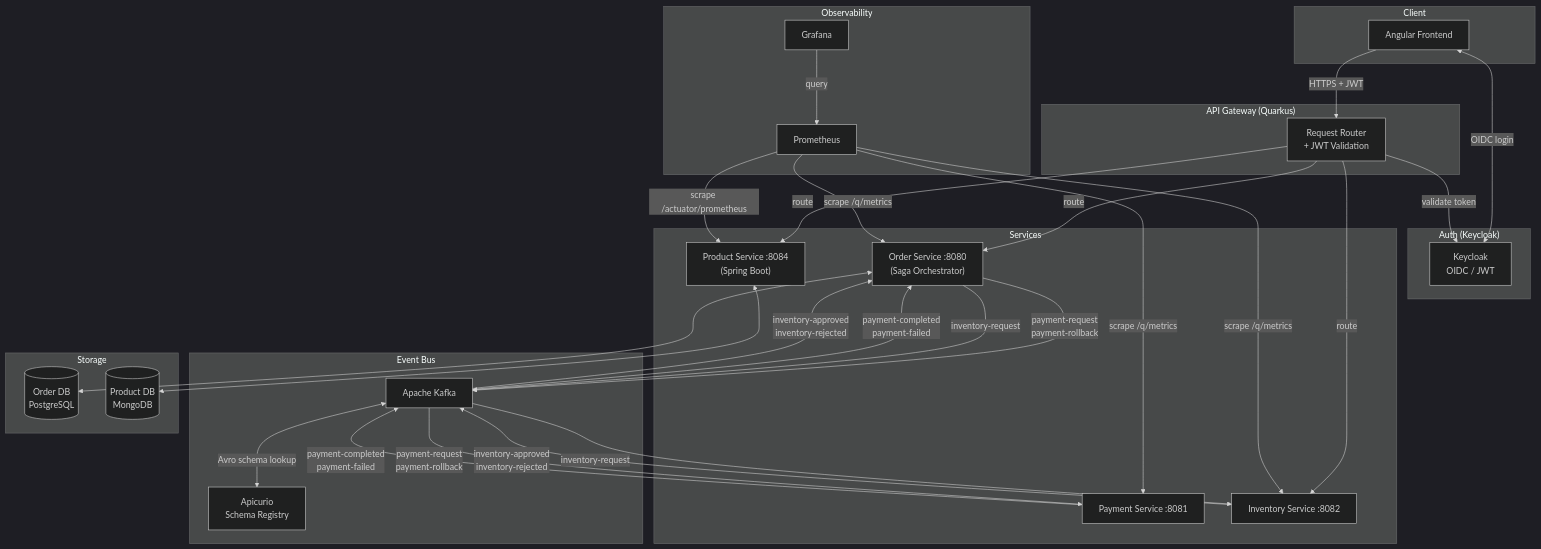
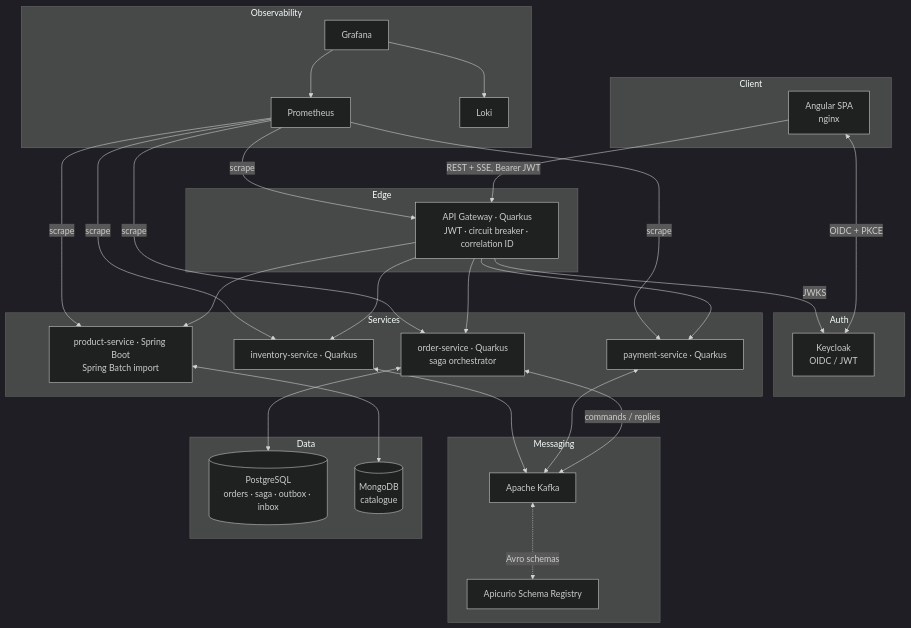
Before and after one commit to Vkartik-3/Angular-Java: the first of 3 diagrams in README.md, drawn with Mermaid (dark theme). The commit also changed other lines of this file and 107 other files, not shown here.

````diff
--- a/README.md
+++ b/README.md
@@ -91,64 +157,50 @@
 ```mermaid
 graph TB
     subgraph Client
-        UI[Angular Frontend]
+        UI[Angular SPA<br/>nginx]
     end
 
-    subgraph Auth["Auth (Keycloak)"]
+    subgraph Auth
         KC[Keycloak<br/>OIDC / JWT]
     end
 
-    subgraph Gateway["API Gateway (Quarkus)"]
-        GW[Request Router<br/>+ JWT Validation]
+    subgraph Edge
+        GW[API Gateway · Quarkus<br/>JWT · circuit breaker · correlation ID]
     end
 
     subgraph Services
-        OS["Order Service :8080<br/>(Saga Orchestrator)"]
-        PS[Payment Service :8081]
-        IS[Inventory Service :8082]
-        PRODS["Product Service :8084<br/>(Spring Boot)"]
+        OS["order-service · Quarkus<br/>saga orchestrator"]
+        PS[payment-service · Quarkus]
+        IS[inventory-service · Quarkus]
+        PRS["product-service · Spring Boot<br/>Spring Batch import"]
     end
 
-    subgraph Messaging["Event Bus"]
+    subgraph Messaging
         K[Apache Kafka]
-        SR[Apicurio<br/>Schema Registry]
+        SR[Apicurio Schema Registry]
     end
 
-    subgraph Storage
-        ODB[(Order DB<br/>PostgreSQL)]
-        PDB[(Product DB<br/>MongoDB)]
+    subgraph Data
+        PG[(PostgreSQL<br/>orders · saga · outbox · inbox)]
+        MG[(MongoDB<br/>catalogue)]
     end
 
     subgraph Observability
         PROM[Prometheus]
+        LOKI[Loki]
         GRAF[Grafana]
     end
 
-    UI <-->|OIDC login| KC
-    UI -->|HTTPS + JWT| GW
-    GW -->|validate token| KC
-    GW -->|route| OS
-    GW -->|route| IS
-    GW -->|route| PRODS
-
-    OS <--> ODB
-    PRODS <--> PDB
-    OS -->|payment-request<br/>payment-rollback| K
-    OS -->|inventory-request| K
-    K -->|payment-completed<br/>payment-failed| OS
-    K -->|inventory-approved<br/>inventory-rejected| OS
-
-    K -->|payment-request<br/>payment-rollback| PS
-    PS -->|payment-completed<br/>payment-failed| K
-
-    K -->|inventory-request| IS
-    IS -->|inventory-approved<br/>inventory-rejected| K
-
-    K <-->|Avro schema lookup| SR
-
-    PROM -->|scrape /q/metrics| OS
-    PROM -->|scrape /q/metrics| PS
-    PROM -->|scrape /q/metrics| IS
-    PROM -->|scrape /actuator/prometheus| PRODS
-    GRAF -->|query| PROM
+    UI <-->|OIDC + PKCE| KC
+    UI -->|REST + SSE, Bearer JWT| GW
+    GW -->|JWKS| KC
+    GW --> OS & PS & IS & PRS
+    OS <--> PG
+    PRS <--> MG
+    OS <-->|commands / replies| K
+    PS <--> K
+    IS <--> K
+    K <-.->|Avro schemas| SR
+    PROM -->|scrape| OS & PS & IS & PRS & GW
+    GRAF --> PROM & LOKI
 ```
````
